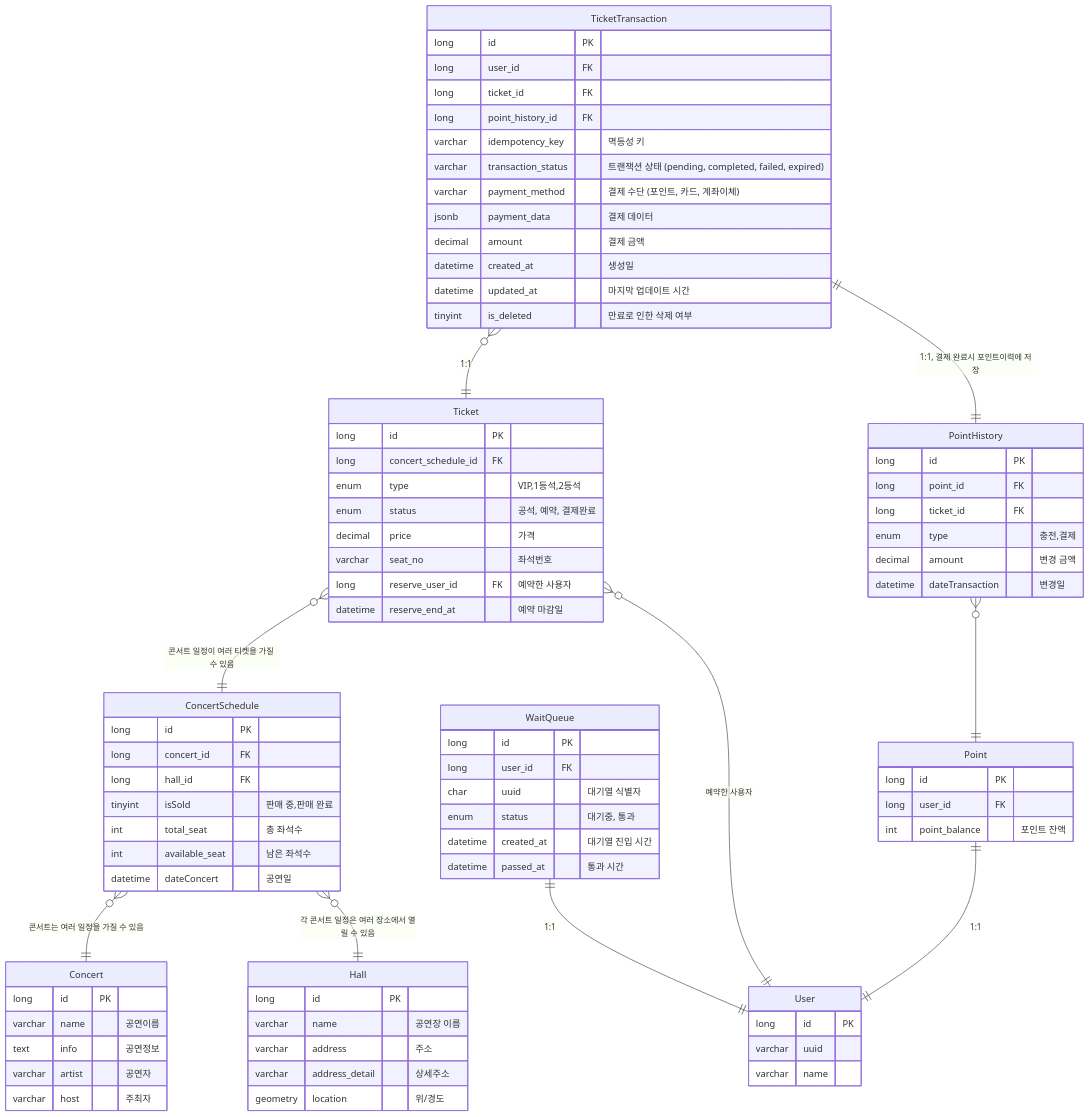
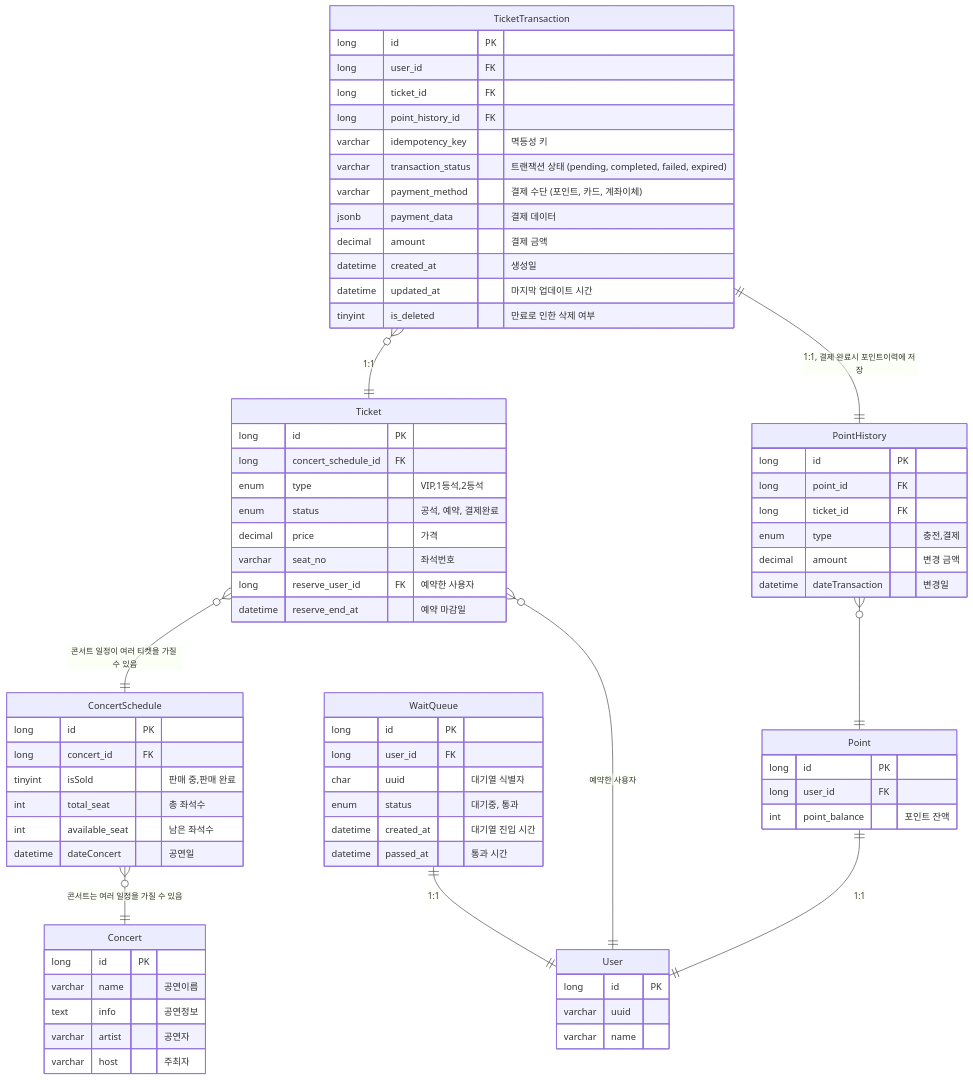
The diagram in doc/erd.md (chawchaw/concert), drawn with Mermaid before and after one commit. The commit also changed other lines of this file and 28 other files, not shown here.

```diff
--- a/doc/erd.md
+++ b/doc/erd.md
@@ -55,14 +52,6 @@
     }
     WaitQueue ||--|| User : "1:1"
 
-    Hall {
-        long id PK
-        varchar name "공연장 이름"
-        varchar address "주소"
-        varchar address_detail "상세주소"
-        geometry location "위/경도"
-    }
-
     Concert {
         long id PK
         varchar name "공연이름"
@@ -74,14 +63,12 @@
     ConcertSchedule {
         long id PK
         long concert_id FK
-        long hall_id FK
         tinyint isSold "판매 중,판매 완료"
         int total_seat "총 좌석수"
         int available_seat "남은 좌석수"
         datetime dateConcert "공연일"
     }
     ConcertSchedule }o--|| Concert : "콘서트는 여러 일정을 가질 수 있음"
-    ConcertSchedule }o--|| Hall : "각 콘서트 일정은 여러 장소에서 열릴 수 있음"
 
     Ticket {
         long id PK
```
